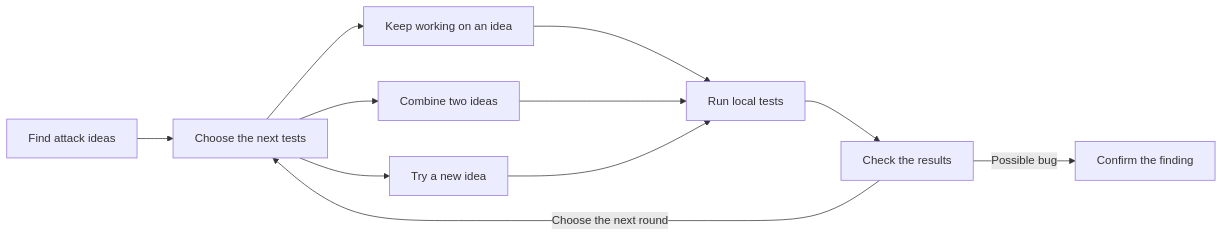
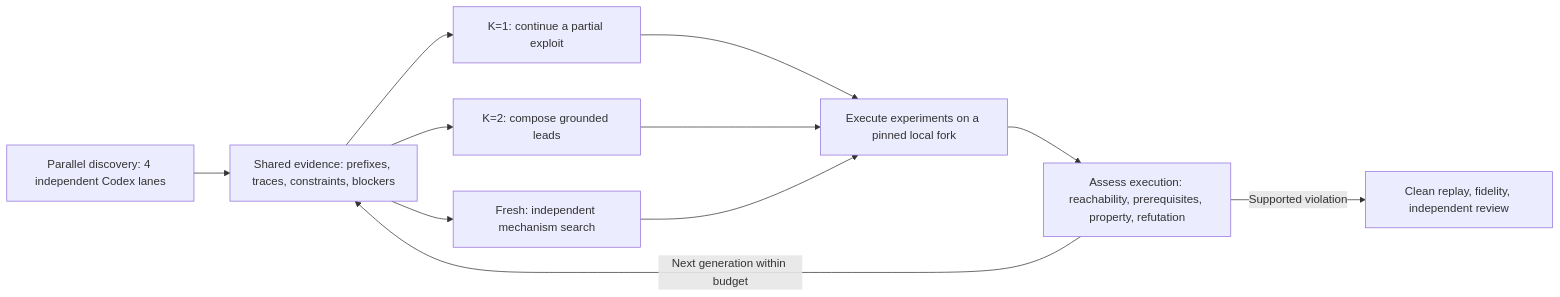
The diagram in docs/diagrams/test-time-scaling-rsa.mmd (GambitPlayer90/A1X), drawn with Mermaid before and after one commit. The commit also changed 5 other files, not shown here.

```diff
--- a/docs/diagrams/test-time-scaling-rsa.mmd
+++ b/docs/diagrams/test-time-scaling-rsa.mmd
@@ -1,11 +1,11 @@
 flowchart LR
-    ideas["Find attack ideas"] --> selection["Choose the next tests"]
-    selection --> closure["Keep working on an idea"]
-    selection --> composition["Combine two ideas"]
-    selection --> fresh["Try a new idea"]
-    closure --> test["Run local tests"]
+    discovery["Parallel discovery: 4 independent Codex lanes"] --> evidence["Shared evidence: prefixes, traces, constraints, blockers"]
+    evidence --> closure["K=1: continue a partial exploit"]
+    evidence --> composition["K=2: compose grounded leads"]
+    evidence --> fresh["Fresh: independent mechanism search"]
+    closure --> test["Execute experiments on a pinned local fork"]
     composition --> test
     fresh --> test
-    test --> result["Check the results"]
-    result -->|"Choose the next round"| selection
-    result -->|"Possible bug"| confirmation["Confirm the finding"]
+    test --> assessment["Assess execution: reachability, prerequisites, property, refutation"]
+    assessment -->|"Next generation within budget"| evidence
+    assessment -->|"Supported violation"| validation["Clean replay, fidelity, independent review"]
```
